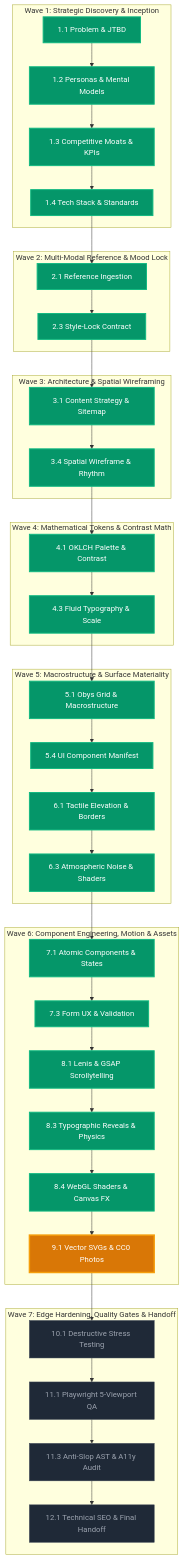
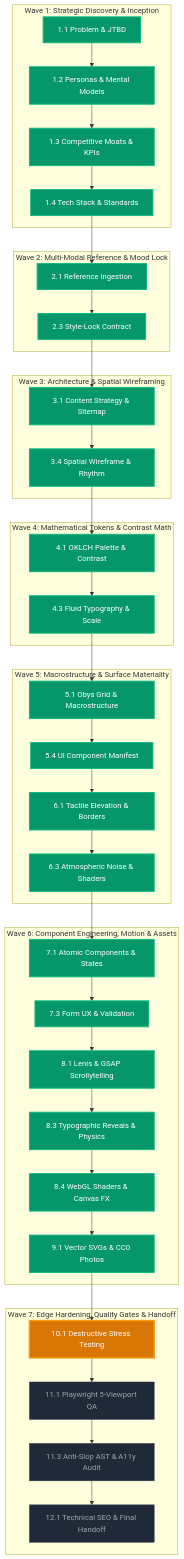
Before and after one commit to atinek-182/Vidya-Dham-Academy: the diagram in docs/DESIGN_MAP.mermaid, drawn with Mermaid. The commit also changed 32 other files, not shown here.

````diff
--- a/docs/DESIGN_MAP.mermaid
+++ b/docs/DESIGN_MAP.mermaid
@@ -1,51 +1,51 @@
 ```mermaid
 graph TD
   subgraph WAVE_1 ["Wave 1: Strategic Discovery & Inception"]
     P1_1["1.1 Problem & JTBD"]:::completed --> P1_2["1.2 Personas & Mental Models"]:::completed
     P1_2 --> P1_3["1.3 Competitive Moats & KPIs"]:::completed
     P1_3 --> P1_4["1.4 Tech Stack & Standards"]:::completed
   end
 
   subgraph WAVE_2 ["Wave 2: Multi-Modal Reference & Mood Lock"]
     P2_1["2.1 Reference Ingestion"]:::completed --> P2_3["2.3 Style-Lock Contract"]:::completed
   end
 
   subgraph WAVE_3 ["Wave 3: Architecture & Spatial Wireframing"]
     P3_1["3.1 Content Strategy & Sitemap"]:::completed --> P3_4["3.4 Spatial Wireframe & Rhythm"]:::completed
   end
 
   subgraph WAVE_4 ["Wave 4: Mathematical Tokens & Contrast Math"]
     P4_1["4.1 OKLCH Palette & Contrast"]:::completed --> P4_3["4.3 Fluid Typography & Scale"]:::completed
   end
 
   subgraph WAVE_5 ["Wave 5: Macrostructure & Surface Materiality"]
     P5_1["5.1 Obys Grid & Macrostructure"]:::completed --> P5_4["5.4 UI Component Manifest"]:::completed
     P5_4 --> P6_1["6.1 Tactile Elevation & Borders"]:::completed
     P6_1 --> P6_3["6.3 Atmospheric Noise & Shaders"]:::completed
   end
 
   subgraph WAVE_6 ["Wave 6: Component Engineering, Motion & Assets"]
     P7_1["7.1 Atomic Components & States"]:::completed --> P7_3["7.3 Form UX & Validation"]:::completed
     P7_3 --> P8_1["8.1 Lenis & GSAP Scrollytelling"]:::completed
     P8_1 --> P8_3["8.3 Typographic Reveals & Physics"]:::completed
     P8_3 --> P8_4["8.4 WebGL Shaders & Canvas FX"]:::completed
-    P8_4 --> P9_1["9.1 Vector SVGs & CC0 Photos"]:::active
+    P8_4 --> P9_1["9.1 Vector SVGs & CC0 Photos"]:::completed
   end
 
   subgraph WAVE_7 ["Wave 7: Edge Hardening, Quality Gates & Handoff"]
-    P10_1["10.1 Destructive Stress Testing"]:::pending --> P11_1["11.1 Playwright 5-Viewport QA"]:::pending
+    P10_1["10.1 Destructive Stress Testing"]:::active --> P11_1["11.1 Playwright 5-Viewport QA"]:::pending
     P11_1 --> P11_3["11.3 Anti-Slop AST & A11y Audit"]:::pending
     P11_3 --> P12_1["12.1 Technical SEO & Final Handoff"]:::pending
   end
 
   P1_4 --> P2_1
   P2_3 --> P3_1
   P3_4 --> P4_1
   P4_3 --> P5_1
   P6_3 --> P7_1
   P9_1 --> P10_1
 
   classDef completed fill:#059669,stroke:#10b981,color:#ffffff,stroke-width:2px;
   classDef active fill:#d97706,stroke:#f59e0b,color:#ffffff,stroke-width:3px;
   classDef pending fill:#1f2937,stroke:#374151,color:#9ca3af,stroke-width:1px;
 ```
````
